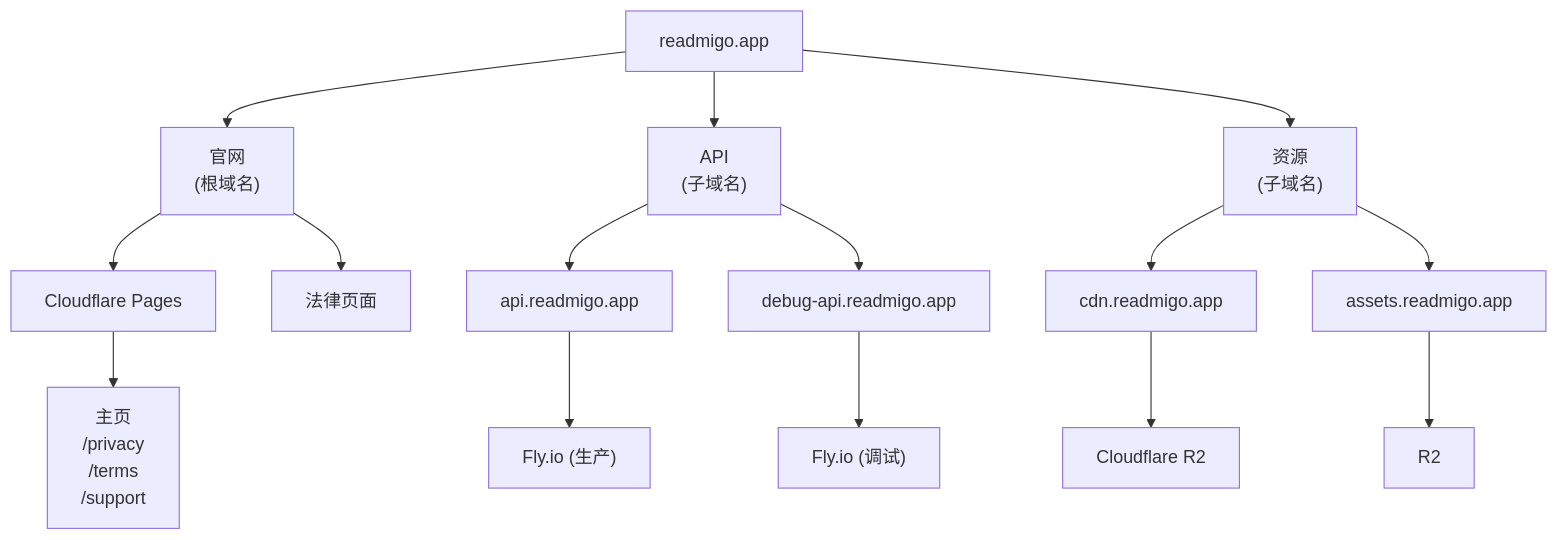
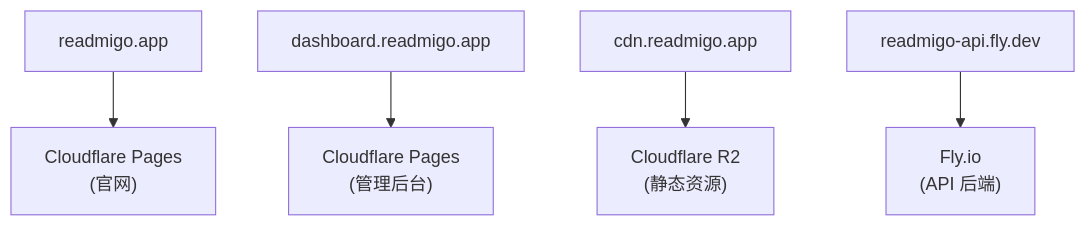
Before and after one commit to readmigo/docs: the first of 2 diagrams in 05-operations/infrastructure/domain-management.md, drawn with Mermaid. The commit also changed other lines of this file, not shown here.

````diff
--- a/05-operations/infrastructure/domain-management.md
+++ b/05-operations/infrastructure/domain-management.md
@@ -111,20 +21,7 @@
 ```mermaid
 graph TD
-    ROOT["readmigo.app"] --> WEB["官网<br>(根域名)"]
-    ROOT --> API["API<br>(子域名)"]
-    ROOT --> RES["资源<br>(子域名)"]
-
-    WEB --> CF_PAGES["Cloudflare Pages"]
-    WEB --> LEGAL["法律页面"]
-    CF_PAGES --> HOMEPAGE["主页<br>/privacy<br>/terms<br>/support"]
-
-    API --> API_PROD["api.readmigo.app"]
-    API --> API_DEBUG["debug-api.readmigo.app"]
-    API_PROD --> FLYIO_PROD["Fly.io (生产)"]
-    API_DEBUG --> FLYIO_DEBUG["Fly.io (调试)"]
-
-    RES --> CDN["cdn.readmigo.app"]
-    RES --> ASSETS["assets.readmigo.app"]
-    CDN --> R2_1["Cloudflare R2"]
-    ASSETS --> R2_2["R2"]
+    ROOT["readmigo.app"] --> PAGES["Cloudflare Pages<br>(官网)"]
+    DASH["dashboard.readmigo.app"] --> DASHPAGES["Cloudflare Pages<br>(管理后台)"]
+    CDN["cdn.readmigo.app"] --> R2["Cloudflare R2<br>(静态资源)"]
+    API["readmigo-api.fly.dev"] --> FLY["Fly.io<br>(API 后端)"]
 ```
````
